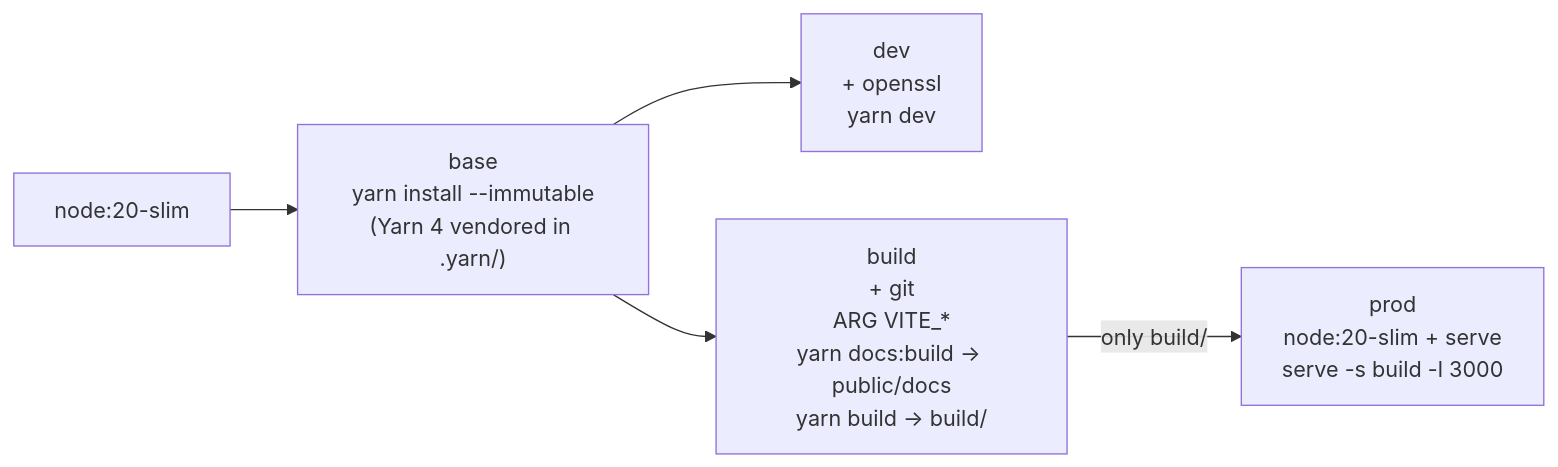
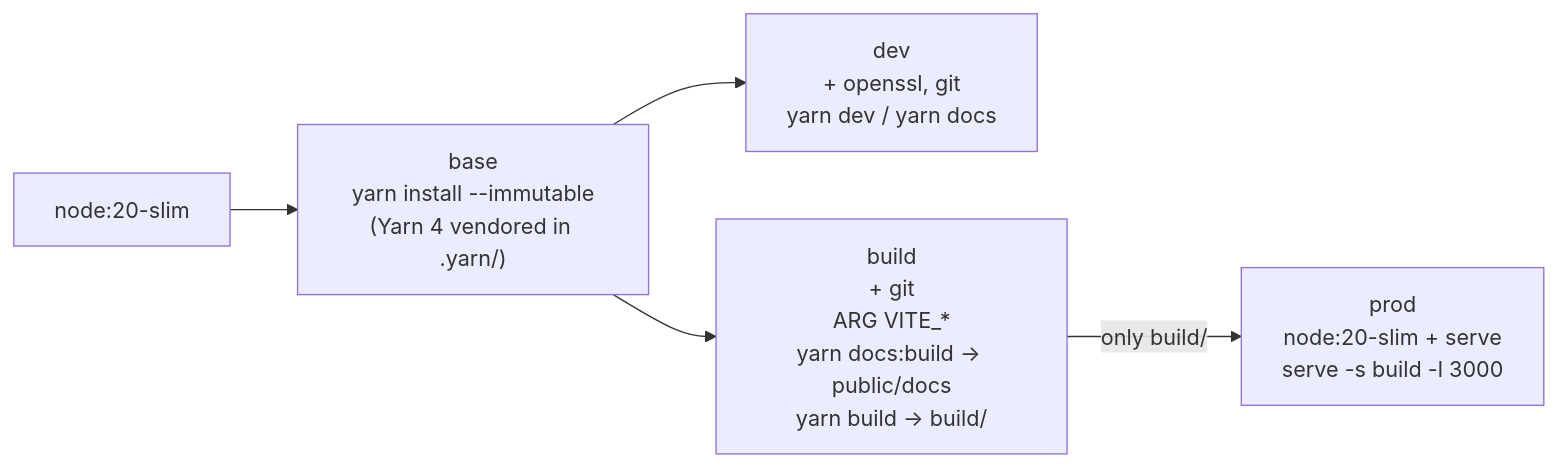
The diagram in docker/README.md (PCS-Poli-USP/USPolis-Admin-Frontend), drawn with Mermaid before and after one commit. The commit also changed other lines of this file and 26 other files, not shown here.

````diff
--- a/docker/README.md
+++ b/docker/README.md
@@ -18,7 +18,7 @@
 ```mermaid
 flowchart LR
     n["node:20-slim"] --> base["base<br/>yarn install --immutable<br/>(Yarn 4 vendored in .yarn/)"]
-    base --> dev["dev<br/>+ openssl<br/>yarn dev"]
+    base --> dev["dev<br/>+ openssl, git<br/>yarn dev / yarn docs"]
     base --> build["build<br/>+ git<br/>ARG VITE_*<br/>yarn docs:build → public/docs<br/>yarn build → build/"]
     build -->|"only build/"| prod["prod<br/>node:20-slim + serve<br/>serve -s build -l 3000"]
 ```
````
